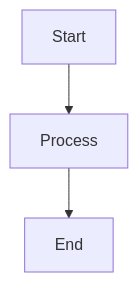
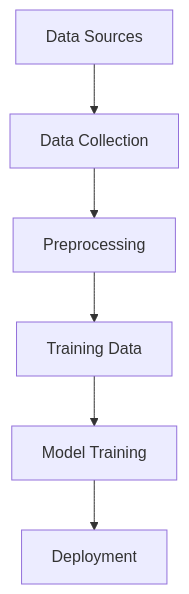
The diagram in README.md (TroyonixAI/troyonix-financial-ai), drawn with Mermaid before and after one commit.

Commit message:
Add more detailed architecture Mermaid diagram

````diff
--- a/README.md
+++ b/README.md
@@ -20,5 +20,8 @@
 ```mermaid
 graph TD;
-    A[Start] --> B[Process];
-    B --> C[End];
+    A[Data Sources] --> B[Data Collection];
+    B --> C[Preprocessing];
+    C --> D[Training Data];
+    D --> E[Model Training];
+    E --> F[Deployment];
 ```
````
